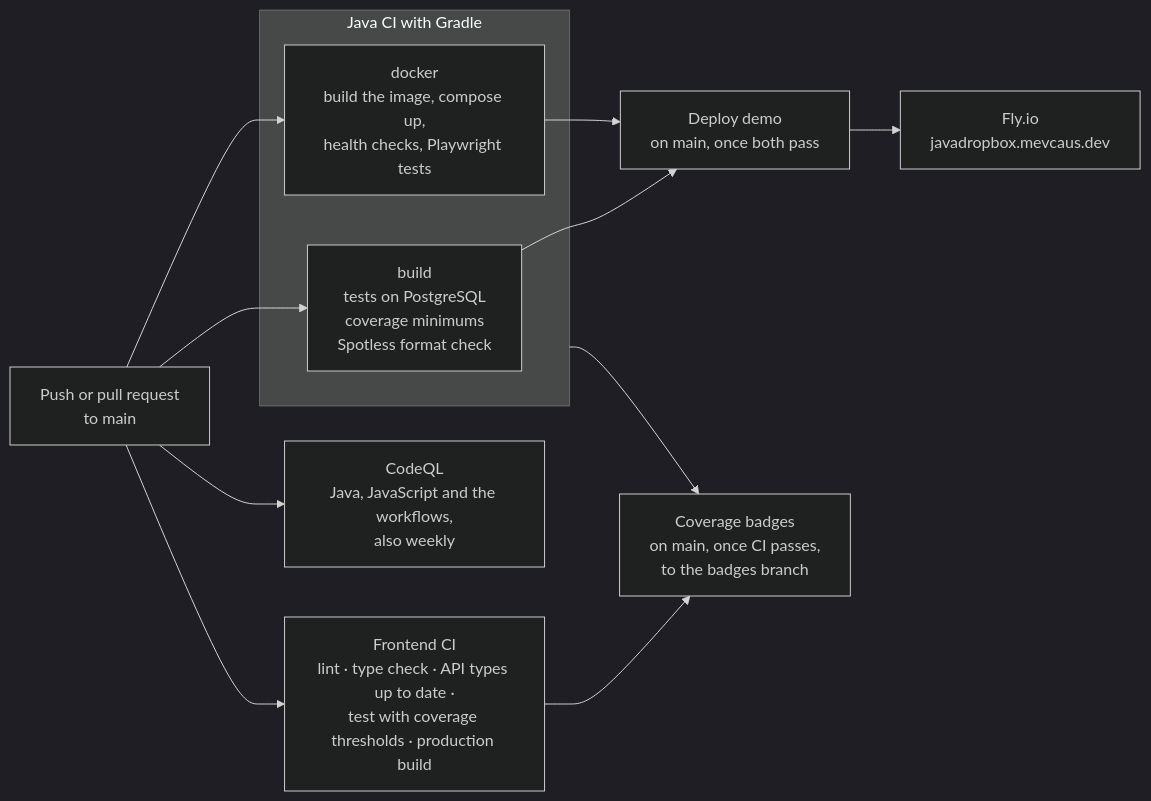
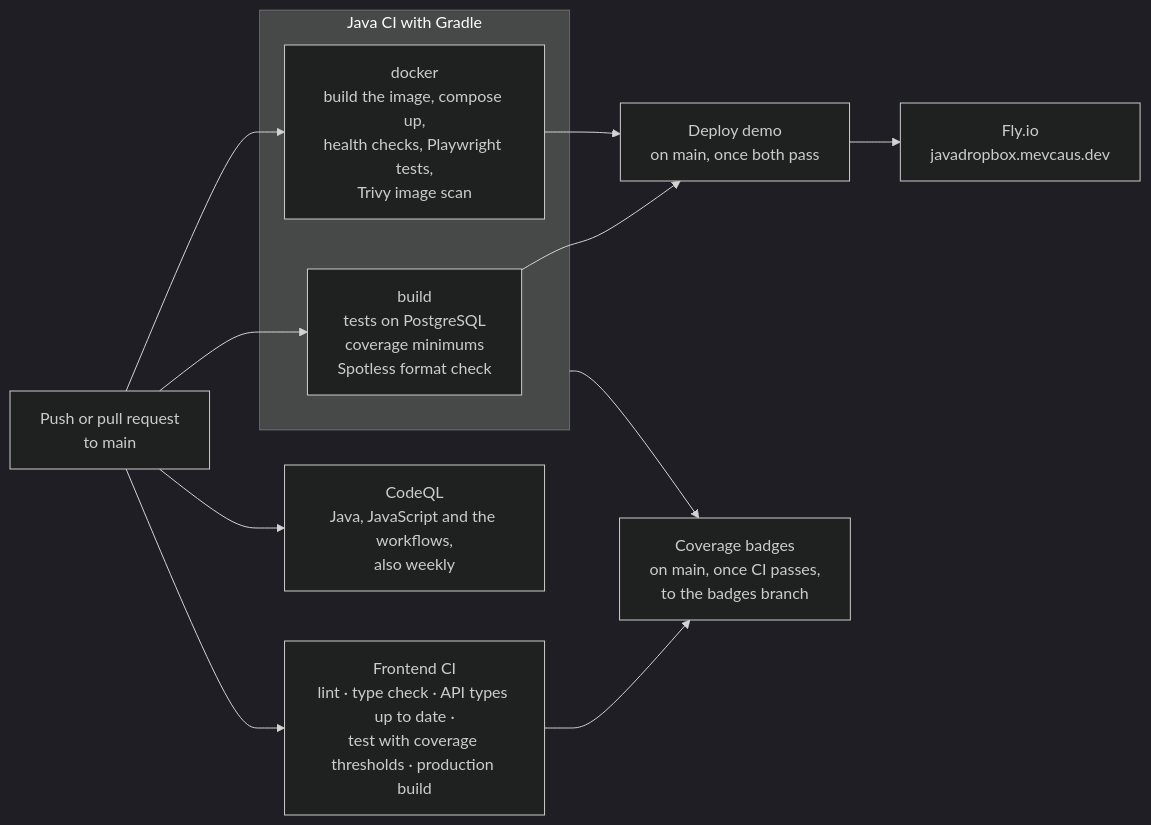
Before and after one commit to mevcaus/JavaDropbox: the sixth of 6 diagrams in README.md, drawn with Mermaid (dark theme). The commit also changed other lines of this file and 4 other files, not shown here.

Commit message:
scan the image with trivy, fail on fixable high and critical vulnerabilities, and upload the results

````diff
--- a/README.md
+++ b/README.md
@@ -376,16 +376,16 @@
 ```mermaid
 flowchart LR
     Push["Push or pull request<br/>to main"] --> Build & Docker & Frontend
 
     subgraph Gradle["Java CI with Gradle"]
         Build["build<br/>tests on PostgreSQL<br/>coverage minimums<br/>Spotless format check"]
-        Docker["docker<br/>build the image, compose up,<br/>health checks, Playwright tests"]
+        Docker["docker<br/>build the image, compose up,<br/>health checks, Playwright tests,<br/>Trivy image scan"]
     end
 
     Frontend["Frontend CI<br/>lint · type check · API types up to date ·<br/>test with coverage thresholds · production build"]
 
     Build & Docker --> Deploy["Deploy demo<br/>on main, once both pass"]
     Deploy --> Fly["Fly.io<br/>javadropbox.mevcaus.dev"]
     Gradle & Frontend --> Badges["Coverage badges<br/>on main, once CI passes,<br/>to the badges branch"]
     Push --> CodeQL["CodeQL<br/>Java, JavaScript and the workflows,<br/>also weekly"]
 ```
````
